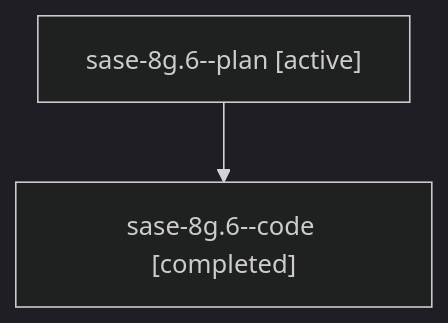
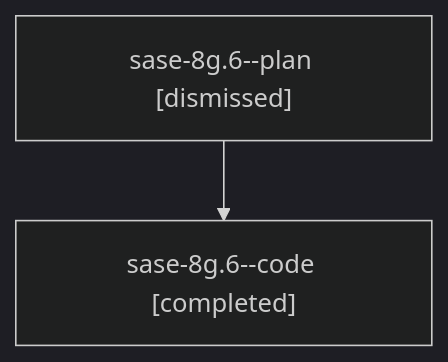
Before and after one commit to sase-org/sase--agents: the diagram in sessions/bbugyi200.athena.sase-8g.6.md, drawn with Mermaid (dark theme). The commit also changed other lines of this file and 100 other files, not shown here.

````diff
--- a/sessions/bbugyi200.athena.sase-8g.6.md
+++ b/sessions/bbugyi200.athena.sase-8g.6.md
@@ -9,6 +9,6 @@
 ```mermaid
 flowchart TD
-  n0["sase-8g.6--plan [active]"]
+  n0["sase-8g.6--plan [dismissed]"]
   n1["sase-8g.6--code [completed]"]
   n0 --> n1
 ```
````
